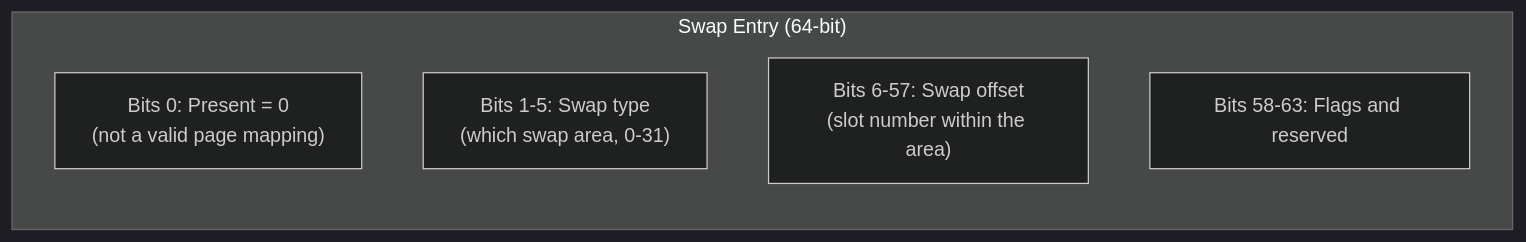
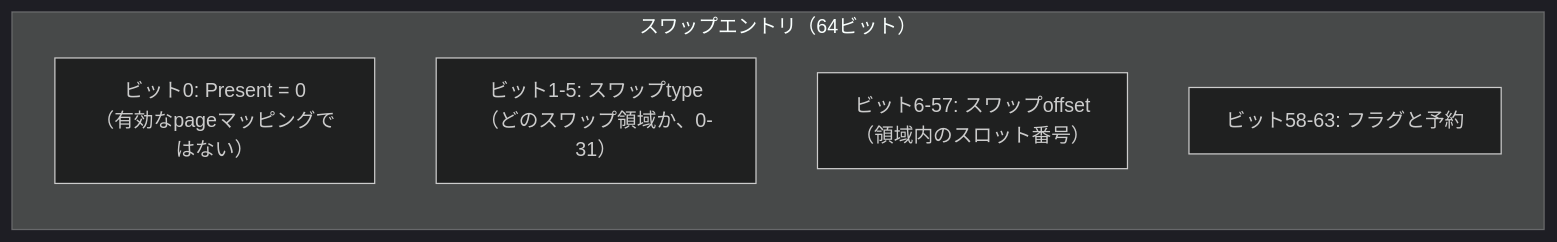
One commit to doguto/linux-kernel-internals-jp changed the sixth of 16 diagrams in docs/mm/swapping.md. Above: the diagram before and after it, drawn with Mermaid (dark theme). The commit also changed other lines of this file and 27 other files, not shown here.

````diff
--- a/docs/mm/swapping.md
+++ b/docs/mm/swapping.md
@@ -181,10 +181,10 @@
 ```mermaid
 flowchart LR
-    subgraph SwapEntry["Swap Entry (64-bit)"]
+    subgraph SwapEntry["スワップエントリ（64ビット）"]
         direction TB
-        B0["Bits 0: Present = 0<br/>(not a valid page mapping)"]
-        B1["Bits 1-5: Swap type<br/>(which swap area, 0-31)"]
-        B2["Bits 6-57: Swap offset<br/>(slot number within the area)"]
-        B3["Bits 58-63: Flags and reserved"]
+        B0["ビット0: Present = 0<br/>（有効なpageマッピングではない）"]
+        B1["ビット1-5: スワップtype<br/>（どのスワップ領域か、0-31）"]
+        B2["ビット6-57: スワップoffset<br/>（領域内のスロット番号）"]
+        B3["ビット58-63: フラグと予約"]
     end
 ```
````
